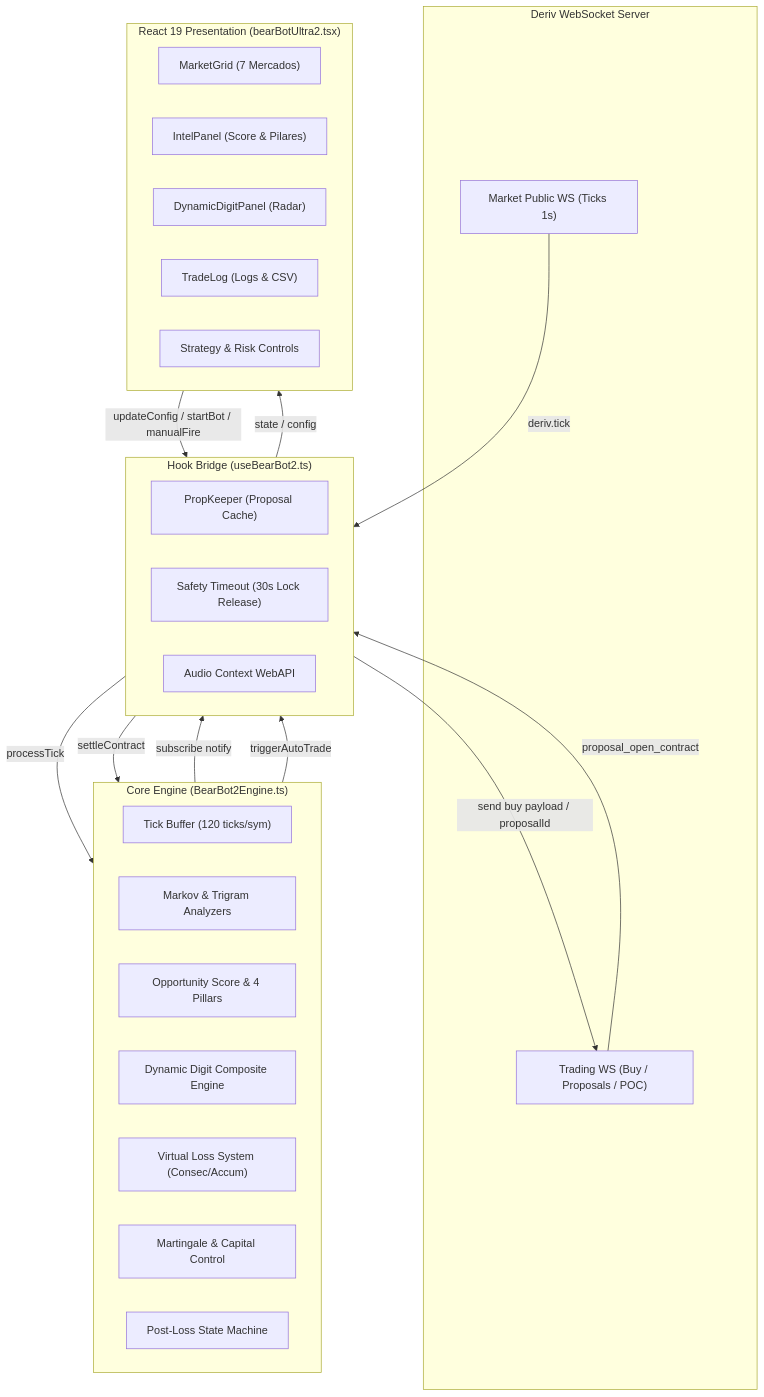
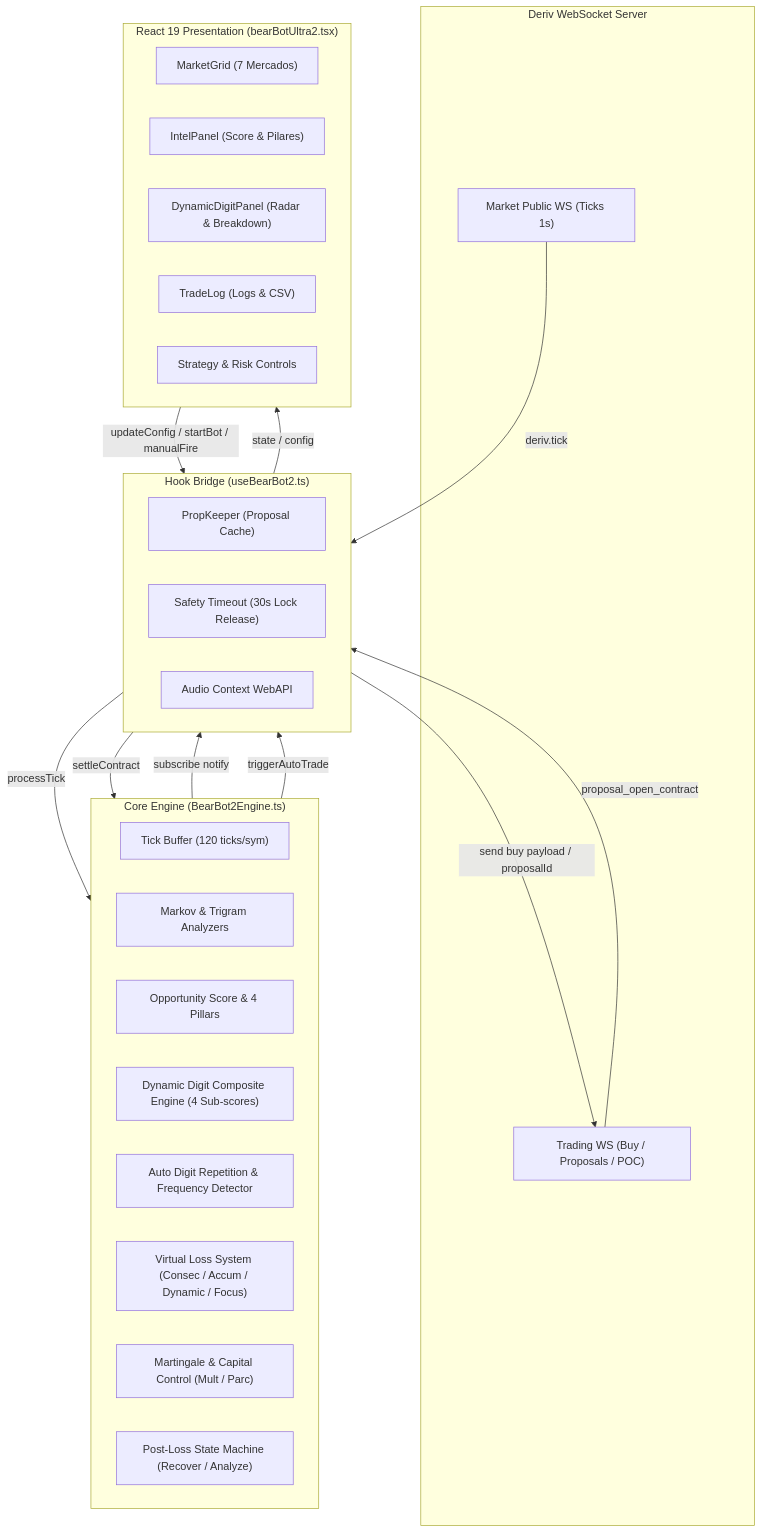
One commit to HeldrMacedo/bot-trader changed the first of 5 diagrams in docs/doc_bear_bot_ultra_2/README.md. Above: the diagram before and after it, drawn with Mermaid. The commit also changed other lines of this file, not shown here.

````diff
--- a/docs/doc_bear_bot_ultra_2/README.md
+++ b/docs/doc_bear_bot_ultra_2/README.md
@@ -63,41 +69,42 @@
 ```mermaid
 flowchart TD
     subgraph Deriv_WebSocket ["Deriv WebSocket Server"]
         WS_Ticks["Market Public WS (Ticks 1s)"]
         WS_Trade["Trading WS (Buy / Proposals / POC)"]
     end
 
     subgraph Hook_Layer ["Hook Bridge (useBearBot2.ts)"]
         PropKeeper["PropKeeper (Proposal Cache)"]
         SafeTimer["Safety Timeout (30s Lock Release)"]
         AudioSynth["Audio Context WebAPI"]
     end
 
     subgraph Engine_Layer ["Core Engine (BearBot2Engine.ts)"]
         TickBuffer["Tick Buffer (120 ticks/sym)"]
         MarkovTri["Markov & Trigram Analyzers"]
         IntelBrain["Opportunity Score & 4 Pillars"]
-        DynDigit["Dynamic Digit Composite Engine"]
-        VLSystem["Virtual Loss System (Consec/Accum)"]
-        GaleManager["Martingale & Capital Control"]
-        PostLossSM["Post-Loss State Machine"]
+        DynDigit["Dynamic Digit Composite Engine (4 Sub-scores)"]
+        AutoDigitEngine["Auto Digit Repetition & Frequency Detector"]
+        VLSystem["Virtual Loss System (Consec / Accum / Dynamic / Focus)"]
+        GaleManager["Martingale & Capital Control (Mult / Parc)"]
+        PostLossSM["Post-Loss State Machine (Recover / Analyze)"]
     end
 
     subgraph UI_Layer ["React 19 Presentation (bearBotUltra2.tsx)"]
         MGrid["MarketGrid (7 Mercados)"]
         IPanel["IntelPanel (Score & Pilares)"]
-        DynPanel["DynamicDigitPanel (Radar)"]
+        DynPanel["DynamicDigitPanel (Radar & Breakdown)"]
         TLog["TradeLog (Logs & CSV)"]
         Controls["Strategy & Risk Controls"]
     end
 
     WS_Ticks -->|deriv.tick| Hook_Layer
     Hook_Layer -->|processTick| Engine_Layer
     Engine_Layer -->|subscribe notify| Hook_Layer
     Hook_Layer -->|state / config| UI_Layer
     UI_Layer -->|updateConfig / startBot / manualFire| Hook_Layer
     Engine_Layer -->|triggerAutoTrade| Hook_Layer
     Hook_Layer -->|send buy payload / proposalId| WS_Trade
     WS_Trade -->|proposal_open_contract| Hook_Layer
     Hook_Layer -->|settleContract| Engine_Layer
 ```
````
